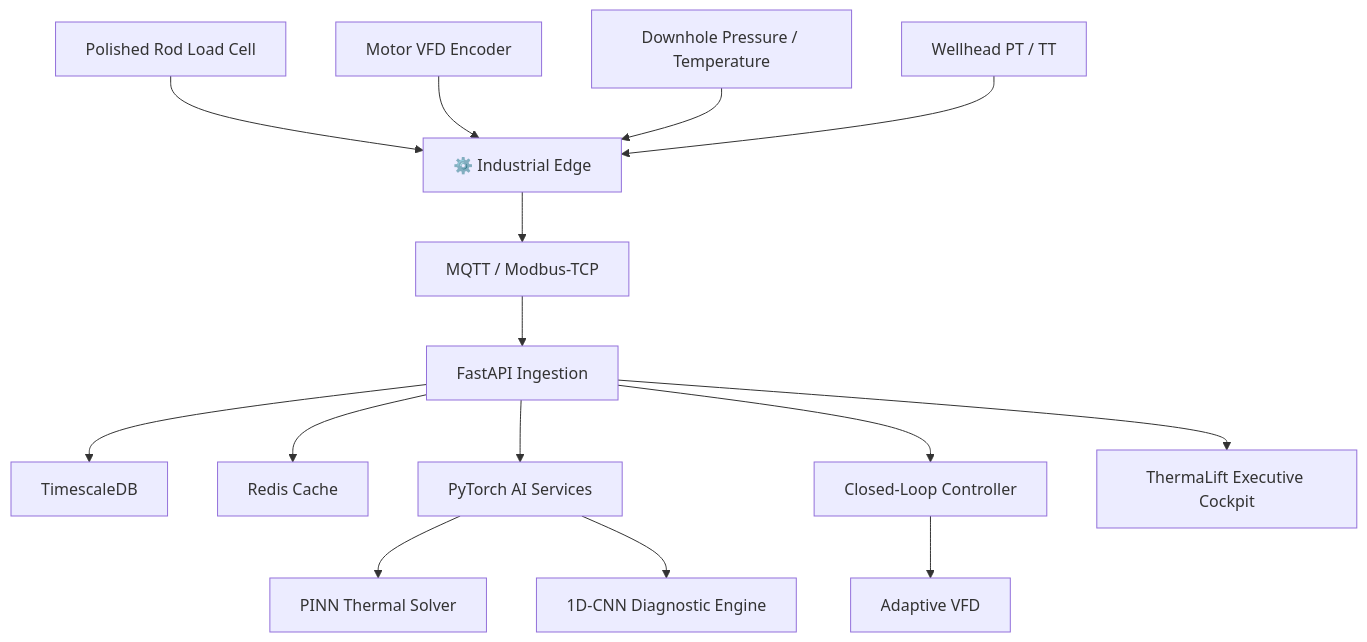
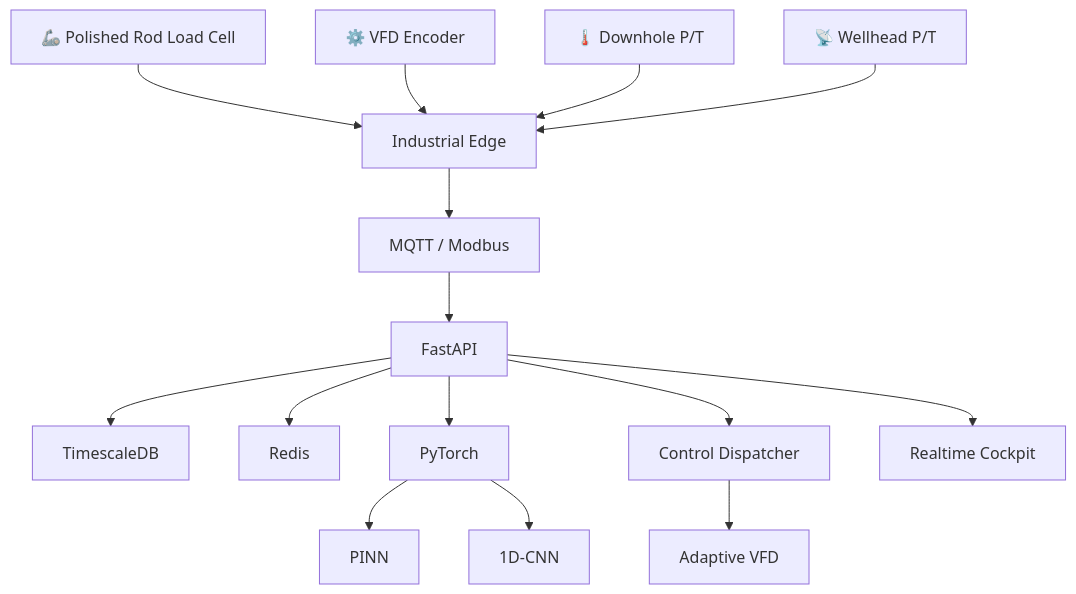
The sixth of 6 diagrams in README.md (Avinraj01/ThermaLift-AI), drawn with Mermaid before and after one commit. The commit also changed other lines of this file, not shown here.

````diff
--- a/README.md
+++ b/README.md
@@ -553,33 +683,34 @@
 ```mermaid
 flowchart TD
 
-    A["Polished Rod Load Cell"]
-    B["Motor VFD Encoder"]
-    C["Downhole Pressure / Temperature"]
-    D["Wellhead PT / TT"]
+    A["🦾 Polished Rod Load Cell"]
+    B["⚙️ VFD Encoder"]
+    C["🌡️ Downhole P/T"]
+    D["📡 Wellhead P/T"]
 
-    A --> EDGE["⚙️ Industrial Edge"]
+    A --> EDGE
     B --> EDGE
     C --> EDGE
     D --> EDGE
 
-    EDGE --> INGEST["MQTT / Modbus-TCP"]
+    EDGE["Industrial Edge"]
 
-    INGEST --> API["FastAPI Ingestion"]
+    EDGE --> MQTT["MQTT / Modbus"]
 
-    API --> TS["TimescaleDB"]
+    MQTT --> API["FastAPI"]
 
-    API --> REDIS["Redis Cache"]
+    API --> DB["TimescaleDB"]
 
-    API --> ML["PyTorch AI Services"]
+    API --> CACHE["Redis"]
 
-    ML --> PINN["PINN Thermal Solver"]
+    API --> AI["PyTorch"]
 
-    ML --> CNN["1D-CNN Diagnostic Engine"]
+    AI --> PINN["PINN"]
+    AI --> CNN["1D-CNN"]
 
-    API --> CONTROL["Closed-Loop Controller"]
+    API --> CTRL["Control Dispatcher"]
 
-    CONTROL --> VFD["Adaptive VFD"]
+    CTRL --> VFD["Adaptive VFD"]
 
-    API --> DASH["ThermaLift Executive Cockpit"]
+    API --> UI["Realtime Cockpit"]
 ```
````
